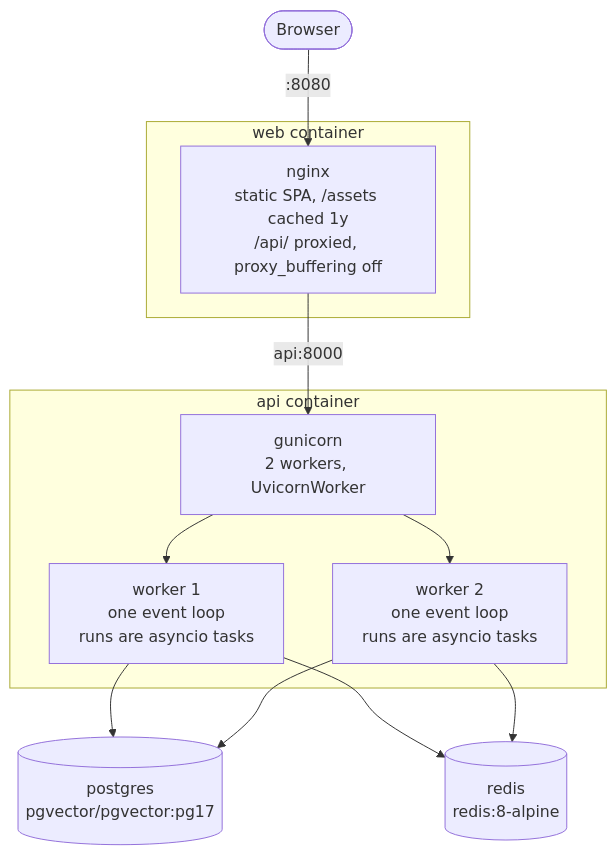
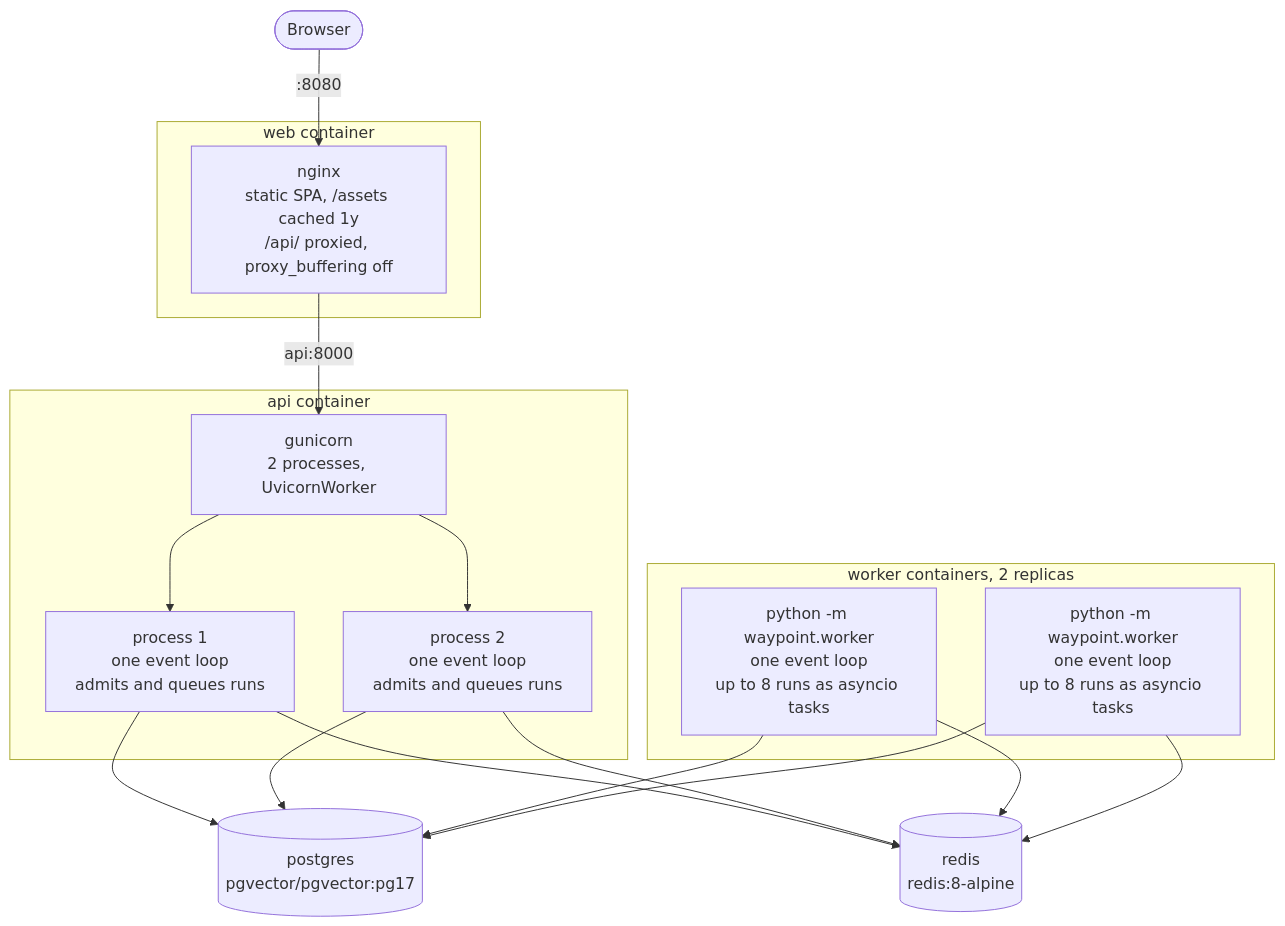
One commit to brentdunham/waypoint changed the second of 4 diagrams in docs/guide/01-overview.md. Above: the diagram before and after it, drawn with Mermaid. The commit also changed other lines of this file and 29 other files, not shown here.

First line of the commit message:
Queue runs and drive them in a worker service (queue.md phase 1)

````diff
--- a/docs/guide/01-overview.md
+++ b/docs/guide/01-overview.md
@@ -83,20 +86,27 @@
 ```mermaid
 flowchart TB
     browser([Browser]) -->|":8080"| nginx
 
     subgraph web[web container]
         nginx[nginx<br/>static SPA, /assets cached 1y<br/>/api/ proxied, proxy_buffering off]
     end
 
     subgraph apic[api container]
-        gunicorn[gunicorn<br/>2 workers, UvicornWorker]
-        w1[worker 1<br/>one event loop<br/>runs are asyncio tasks]
-        w2[worker 2<br/>one event loop<br/>runs are asyncio tasks]
-        gunicorn --> w1
-        gunicorn --> w2
+        gunicorn[gunicorn<br/>2 processes, UvicornWorker]
+        p1[process 1<br/>one event loop<br/>admits and queues runs]
+        p2[process 2<br/>one event loop<br/>admits and queues runs]
+        gunicorn --> p1
+        gunicorn --> p2
+    end
+
+    subgraph workc[worker containers, 2 replicas]
+        wk1[python -m waypoint.worker<br/>one event loop<br/>up to 8 runs as asyncio tasks]
+        wk2[python -m waypoint.worker<br/>one event loop<br/>up to 8 runs as asyncio tasks]
     end
 
     nginx -->|"api:8000"| gunicorn
-    w1 & w2 --> pg[(postgres<br/>pgvector/pgvector:pg17)]
-    w1 & w2 --> rd[(redis<br/>redis:8-alpine)]
+    p1 & p2 --> pg[(postgres<br/>pgvector/pgvector:pg17)]
+    p1 & p2 --> rd[(redis<br/>redis:8-alpine)]
+    wk1 & wk2 --> pg
+    wk1 & wk2 --> rd
 ```
````
